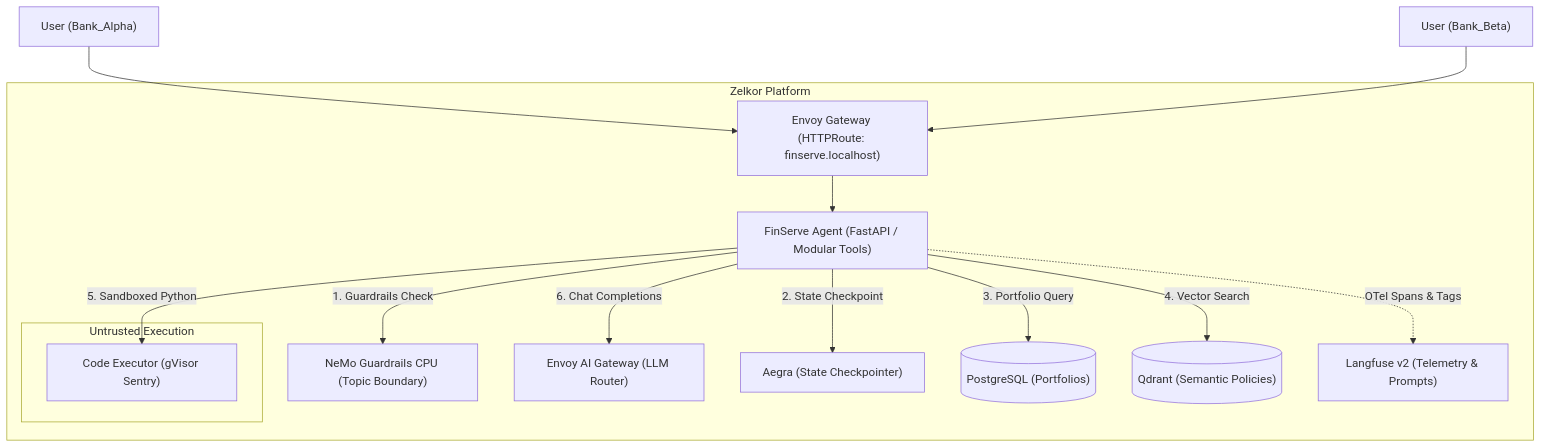
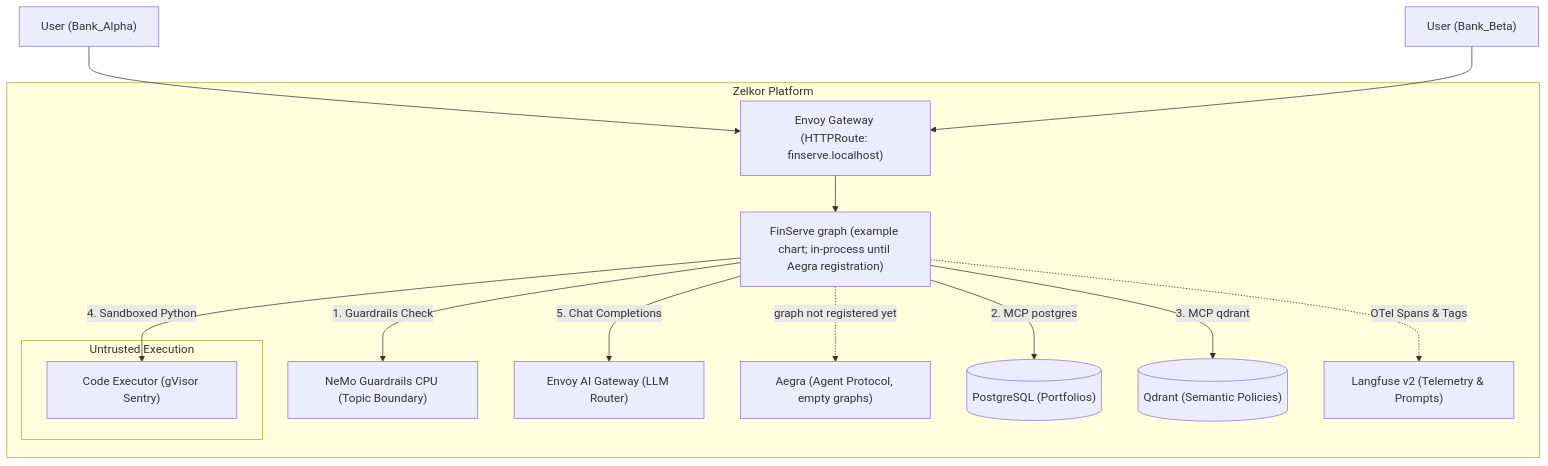
One commit to devopssquaddev/zelkor-platform changed the diagram in examples/finserve/README.md. Above: the diagram before and after it, drawn with Mermaid. The commit also changed other lines of this file and 97 other files, not shown here.

````diff
--- a/examples/finserve/README.md
+++ b/examples/finserve/README.md
@@ -22,32 +22,32 @@
 ```mermaid
 flowchart TD
     UserAlpha["User (Bank_Alpha)"]
     UserBeta["User (Bank_Beta)"]
     
     subgraph platform ["Zelkor Platform"]
         Gateway["Envoy Gateway (HTTPRoute: finserve.localhost)"]
-        Agent["FinServe Agent (FastAPI / Modular Tools)"]
+        Agent["FinServe graph (example chart; in-process until Aegra registration)"]
         NeMo["NeMo Guardrails CPU (Topic Boundary)"]
         AIGateway["Envoy AI Gateway (LLM Router)"]
-        Aegra["Aegra (State Checkpointer)"]
+        Aegra["Aegra (Agent Protocol, empty graphs)"]
         Postgres[("PostgreSQL (Portfolios)")]
         Qdrant[("Qdrant (Semantic Policies)")]
         Langfuse["Langfuse v2 (Telemetry & Prompts)"]
         
         subgraph sandbox ["Untrusted Execution"]
             CodeExec["Code Executor (gVisor Sentry)"]
         end
     end
 
     UserAlpha --> Gateway
     UserBeta --> Gateway
     Gateway --> Agent
     
     Agent -->|"1. Guardrails Check"| NeMo
-    Agent -->|"2. State Checkpoint"| Aegra
-    Agent -->|"3. Portfolio Query"| Postgres
-    Agent -->|"4. Vector Search"| Qdrant
-    Agent -->|"5. Sandboxed Python"| CodeExec
-    Agent -->|"6. Chat Completions"| AIGateway
+    Agent -->|"2. MCP postgres"| Postgres
+    Agent -->|"3. MCP qdrant"| Qdrant
+    Agent -->|"4. Sandboxed Python"| CodeExec
+    Agent -->|"5. Chat Completions"| AIGateway
+    Agent -.->|"graph not registered yet"| Aegra
     Agent -.->|"OTel Spans & Tags"| Langfuse
 ```
````
